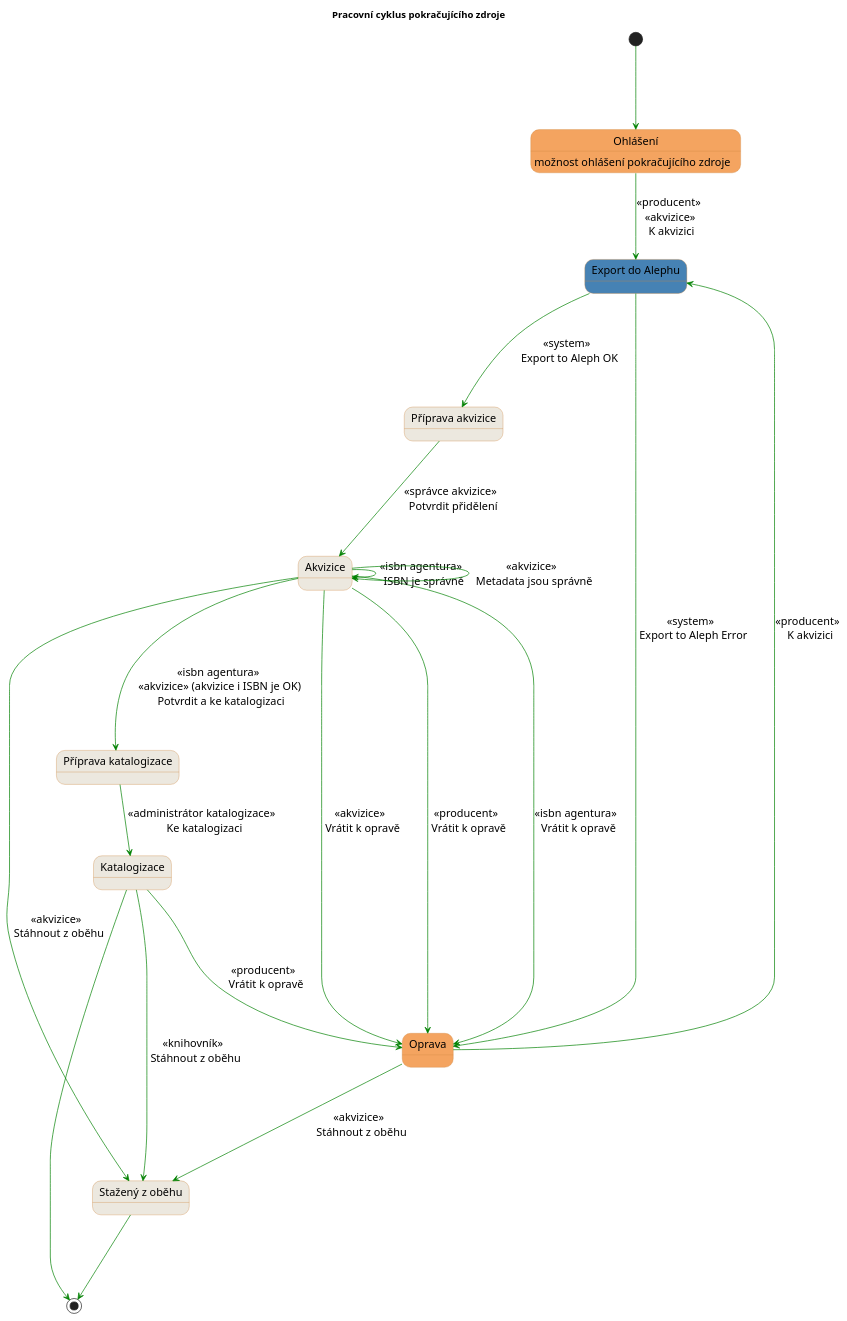
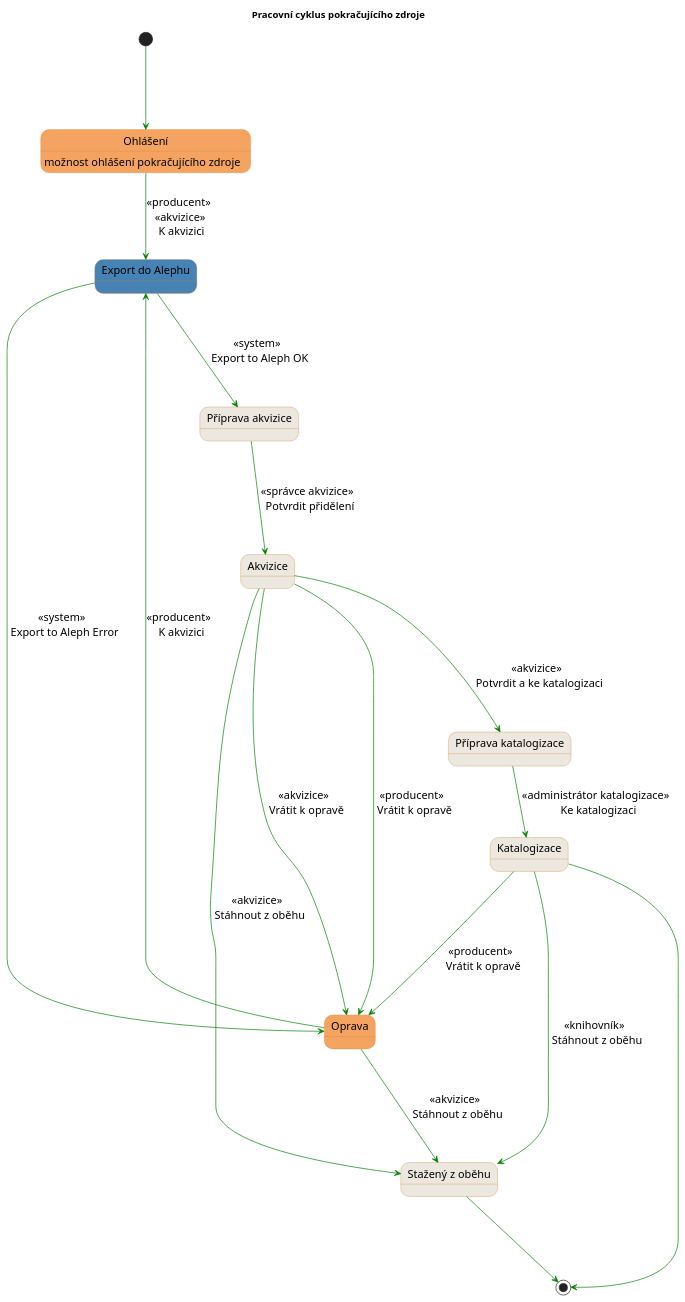
One commit to edeposit/edeposit changed the diagram in docs/wf03.plantuml. Above: the diagram before and after it, drawn with PlantUML. The commit also changed 1 other file, not shown here.

```diff
--- a/docs/wf03.plantuml
+++ b/docs/wf03.plantuml
@@ -1,52 +1,49 @@
 @startuml
 title <b>Pracovní cyklus pokračujícího zdroje</b>
 skinparam DefaultFontSize 16pt
 
 skinparam state {
   StartColor MediumBlue
   EndColor MediumBlue
   BackgroundColor Peru
   BackgroundColor<< Begin >> Olive
   BorderColor Peru
   FontName Impact
   ArrowColor Green
 }
 
 state "Ohlášení" as declaration #SandyBrown
 declaration : možnost ohlášení pokračujícího zdroje
 
 state "Akvizice" as acquisition #ECE8DF
 state "Příprava akvizice" as acquisitionPreparing #ECE8DF
 state "Příprava katalogizace" as catalogizationPreparing #ECE8DF
 state "Katalogizace" as catalogization #ECE8DF
 state "Oprava" as declarationWithError #SandyBrown
 state "Export do Alephu" as exportToAleph #SteelBlue
 state "Stažený z oběhu" as withdrawn #ECE8DF
 
 [*] ---> declaration
 
 declaration --> exportToAleph : << producent >> \n << akvizice >> \n K akvizici
 
 exportToAleph ---> acquisitionPreparing : << system >> \n Export to Aleph OK
 exportToAleph --> declarationWithError : << system >> \n Export to Aleph Error
 
 acquisitionPreparing ---> acquisition : << správce akvizice >> \n Potvrdit přidělení
-acquisition ---> declarationWithError : << isbn agentura >> \n Vrátit k opravě
 acquisition ---> declarationWithError : << akvizice >> \n Vrátit k opravě
-acquisition ---> acquisition : << isbn agentura >> \n ISBN je správně
-acquisition ---> acquisition : << akvizice >> \n Metadata jsou správně
-acquisition ---> catalogizationPreparing : << isbn agentura >> \n << akvizice >> (akvizice i ISBN je OK) \n Potvrdit a ke katalogizaci
+acquisition ---> catalogizationPreparing : << akvizice >> \n Potvrdit a ke katalogizaci
 acquisition ---> declarationWithError : << producent >> \n Vrátit k opravě
 acquisition ---> withdrawn : << akvizice >> \n Stáhnout z oběhu
 
 declarationWithError ---> exportToAleph : << producent >> \n K akvizici
 declarationWithError ---> withdrawn : << akvizice >> \n Stáhnout z oběhu
 
 catalogizationPreparing --> catalogization : << administrátor katalogizace >> \n Ke katalogizaci
 catalogization ---> declarationWithError : << producent >> \n Vrátit k opravě
 catalogization ---> withdrawn : << knihovník >> \n Stáhnout z oběhu
 
 withdrawn ---> [*]
 catalogization ---> [*]
 
 @enduml
```
